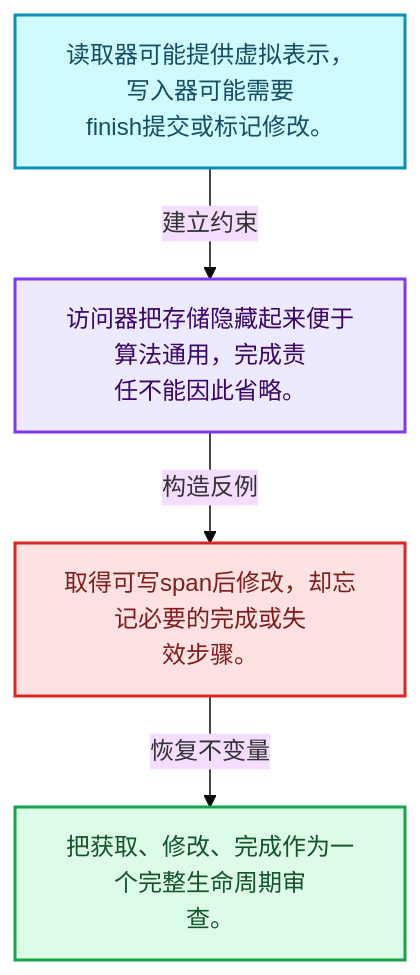
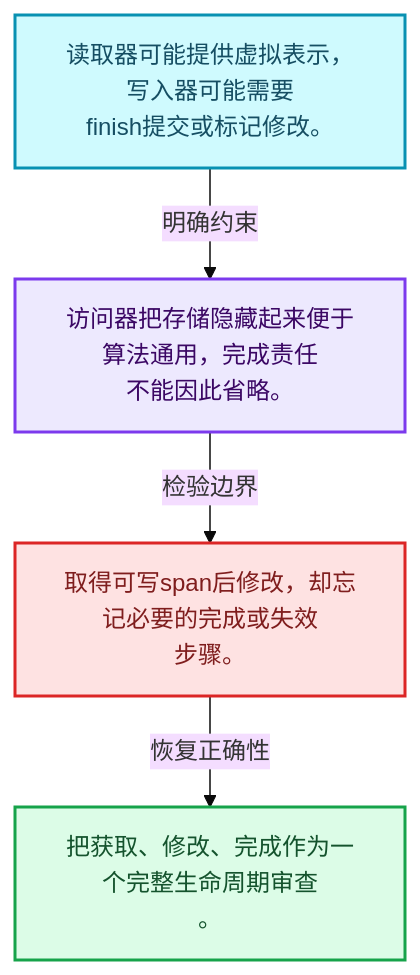
One commit to yunkezengren/blender-.vscode changed the first of 4 diagrams in 杂/markdown/全面学习-codex/05-几何存储与拓扑映射/08-AttributeAccessor接口.md. Above: the diagram before and after it, drawn with Mermaid (base theme). The commit also changed other lines of this file and 1930 other files, not shown here.

````diff
--- a/杂/markdown/全面学习-codex/05-几何存储与拓扑映射/08-AttributeAccessor接口.md
+++ b/杂/markdown/全面学习-codex/05-几何存储与拓扑映射/08-AttributeAccessor接口.md
@@ -29,16 +29,16 @@
 ```mermaid
 flowchart TB
   M["读取器可能提供虚拟表示，写入器可能需要<br/>finish提交或标记修改。"]:::data
-  T["访问器把存储隐藏起来便于算法通用，完成责<br/>任不能因此省略。"]:::abstraction
-  X["取得可写span后修改，却忘记必要的完成或失<br/>效步骤。"]:::error
-  A["把获取、修改、完成作为一个完整生命周期审<br/>查。"]:::result
-  M -->|"建立约束"| T
-  T -->|"构造反例"| X
-  X -->|"恢复不变量"| A
+  C["访问器把存储隐藏起来便于算法通用，完成责任<br/>不能因此省略。"]:::abstraction
+  B["取得可写span后修改，却忘记必要的完成或失效<br/>步骤。"]:::error
+  R["把获取、修改、完成作为一个完整生命周期审查<br/>。"]:::result
+  M -->|"明确约束"| C
+  C -->|"检验边界"| B
+  B -->|"恢复正确性"| R
   classDef input fill:#DBEAFE,stroke:#2563EB,color:#172554,stroke-width:2px;
   classDef data fill:#CFFAFE,stroke:#0891B2,color:#164E63,stroke-width:2px;
   classDef abstraction fill:#EDE9FE,stroke:#7C3AED,color:#3B0764,stroke-width:2px;
   classDef compute fill:#FEF3C7,stroke:#D97706,color:#78350F,stroke-width:2px;
   classDef result fill:#DCFCE7,stroke:#16A34A,color:#14532D,stroke-width:2px;
   classDef error fill:#FEE2E2,stroke:#DC2626,color:#7F1D1D,stroke-width:2px;
 ```
````
